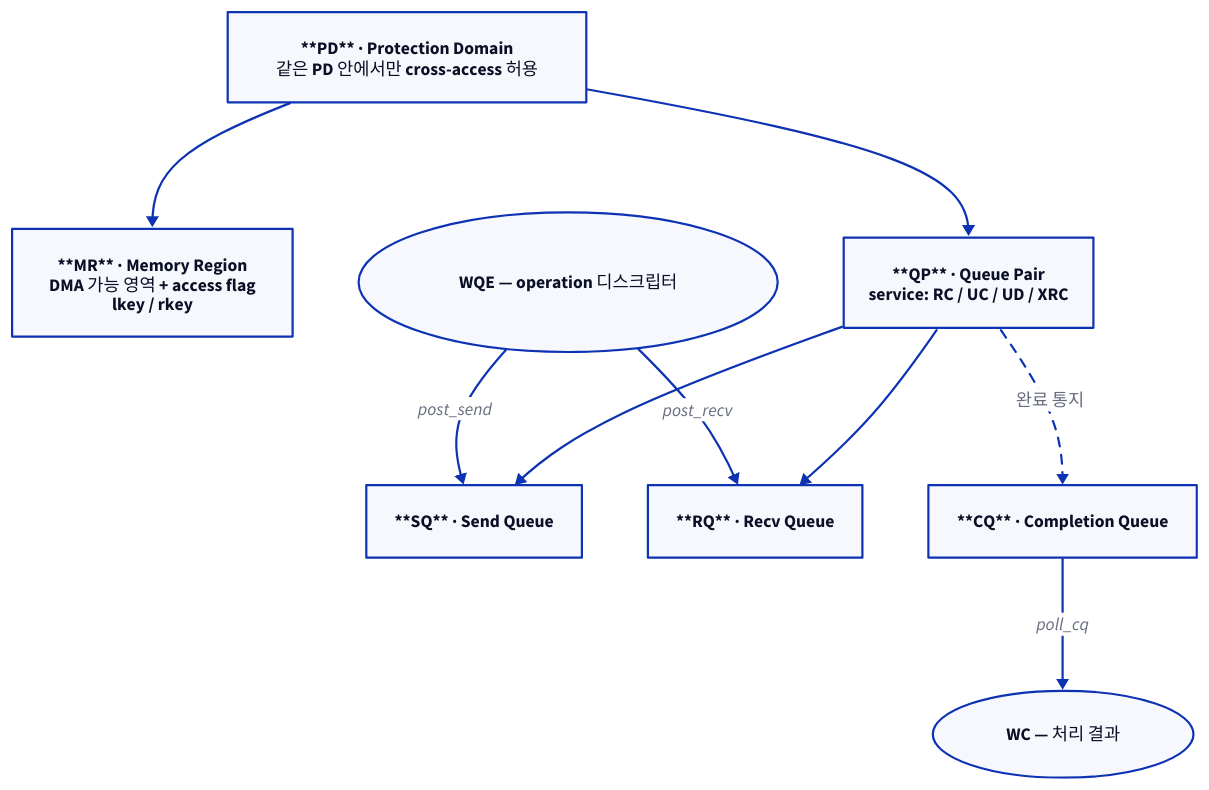
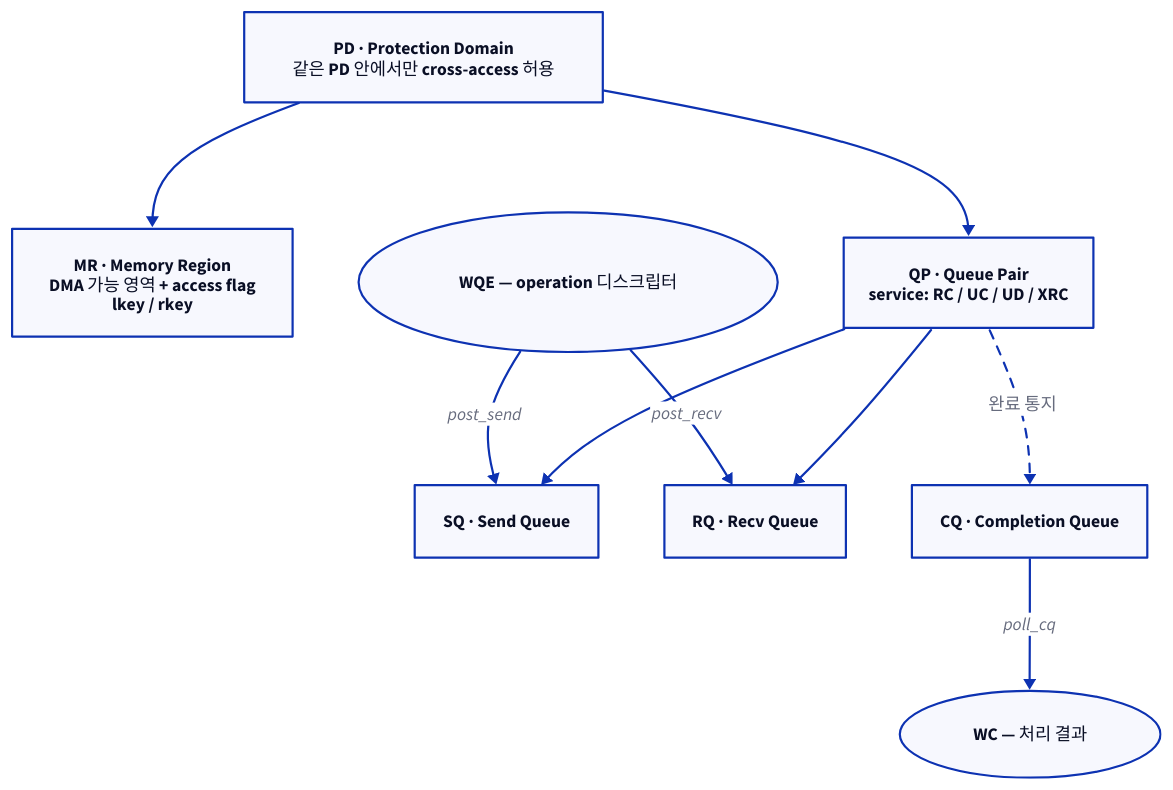
The fourth of 7 diagrams in starlight_site/src/content/docs/rdma/01_rdma_motivation.md (humbleowl39/DV_SKOOL), drawn with D2 before and after one commit. The commit also changed other lines of this file and 714 other files, not shown here.

First line of the commit message:
fix(site): d2 다이어그램 가독성 결함 6종 일괄 수정

````diff
--- a/starlight_site/src/content/docs/rdma/01_rdma_motivation.md
+++ b/starlight_site/src/content/docs/rdma/01_rdma_motivation.md
@@ -310,20 +310,20 @@
 ```d2
 direction: down
 
-PD: "**PD** · Protection Domain\n같은 PD 안에서만 cross-access 허용"
-MR: "**MR** · Memory Region\nDMA 가능 영역 + access flag\nlkey / rkey"
-QP: "**QP** · Queue Pair\nservice: RC / UC / UD / XRC"
-SQ: "**SQ** · Send Queue"
-RQ: "**RQ** · Recv Queue"
-CQ: "**CQ** · Completion Queue"
+PD: "PD · Protection Domain\n같은 PD 안에서만 cross-access 허용"
+MR: "MR · Memory Region\nDMA 가능 영역 + access flag\nlkey / rkey"
+QP: "QP · Queue Pair\nservice: RC / UC / UD / XRC"
+SQ: "SQ · Send Queue"
+RQ: "RQ · Recv Queue"
+CQ: "CQ · Completion Queue"
 WQE: "WQE — operation 디스크립터" { shape: oval }
 WC: "WC — 처리 결과" { shape: oval }
 PD -> MR
 PD -> QP
 QP -> SQ
 QP -> RQ
 WQE -> SQ: "post_send"
 WQE -> RQ: "post_recv"
 QP -> CQ: "완료 통지" { style.stroke-dash: 4 }
 CQ -> WC: "poll_cq"
 ```
````
